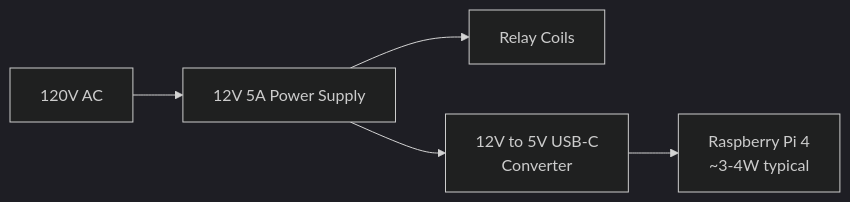
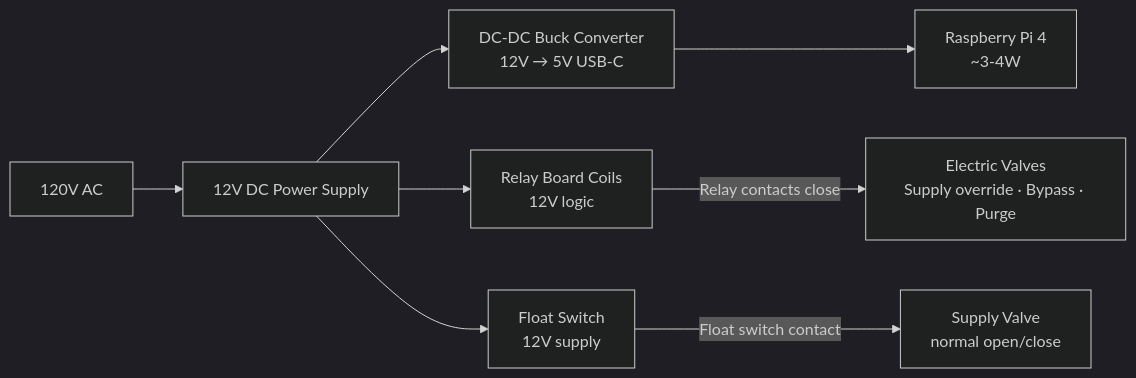
One commit to porttack/pumphouse changed the fifth of 6 diagrams in docs/hardware-reference.md. Above: the diagram before and after it, drawn with Mermaid (dark theme). The commit also changed other lines of this file, not shown here.

First line of the commit message:
hardware-reference: correct power system description

````diff
--- a/docs/hardware-reference.md
+++ b/docs/hardware-reference.md
@@ -303,7 +303,10 @@
 ```mermaid
 graph LR
-    AC[120V AC] --> PSU[12V 5A Power Supply]
-    PSU --> Relays[Relay Coils]
-    PSU --> Buck[12V to 5V USB-C<br/>Converter]
-    Buck --> Pi[Raspberry Pi 4<br/>~3-4W typical]
+    AC[120V AC] --> PSU[12V DC Power Supply]
+    PSU --> Buck[DC-DC Buck Converter<br/>12V → 5V USB-C]
+    PSU --> RelayCoils[Relay Board Coils<br/>12V logic]
+    PSU --> Float[Float Switch<br/>12V supply]
+    Buck --> Pi[Raspberry Pi 4<br/>~3-4W]
+    RelayCoils -->|Relay contacts close| Valves[Electric Valves<br/>Supply override · Bypass · Purge]
+    Float -->|Float switch contact| SupplyValve[Supply Valve<br/>normal open/close]
 ```
````
